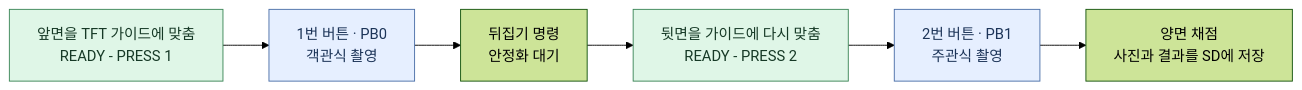
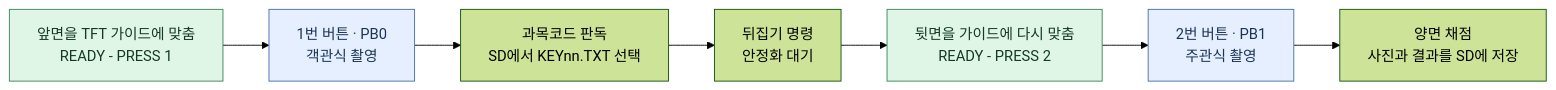
The diagram in README.md (yumyum1215/26SoC_Term_Project_OMR_Reader), drawn with Mermaid (forest theme) before and after one commit. The commit also changed other lines of this file and 8 other files, not shown here.

````diff
--- a/README.md
+++ b/README.md
@@ -7,14 +7,15 @@
 ```mermaid
 flowchart LR
     A["앞면을 TFT 가이드에 맞춤<br/>READY - PRESS 1"]
     B["1번 버튼 · PB0<br/>객관식 촬영"]
+    K["과목코드 판독<br/>SD에서 KEYnn.TXT 선택"]
     C["뒤집기 명령<br/>안정화 대기"]
     D["뒷면을 가이드에 다시 맞춤<br/>READY - PRESS 2"]
     E["2번 버튼 · PB1<br/>주관식 촬영"]
     F["양면 채점<br/>사진과 결과를 SD에 저장"]
-    A --> B --> C --> D --> E --> F
+    A --> B --> K --> C --> D --> E --> F
     classDef ready fill:#dff6e7,stroke:#3b8557,color:#163926
     classDef capture fill:#e6efff,stroke:#4b6fa8,color:#1c3458
     class A,D ready
     class B,E capture
 ```
````
